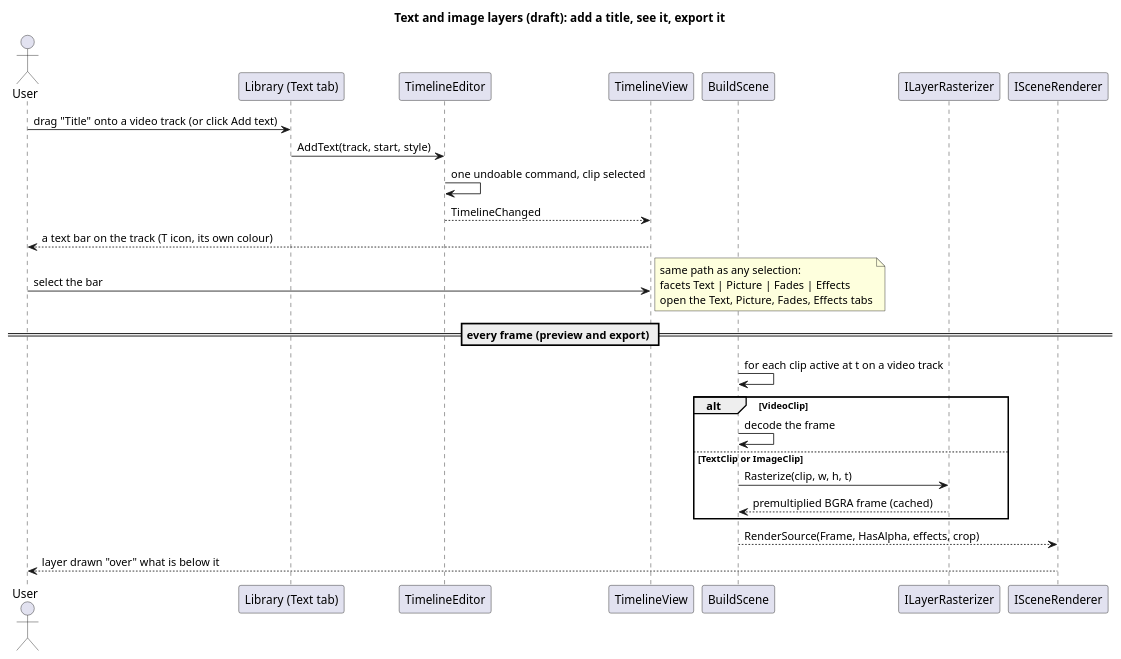
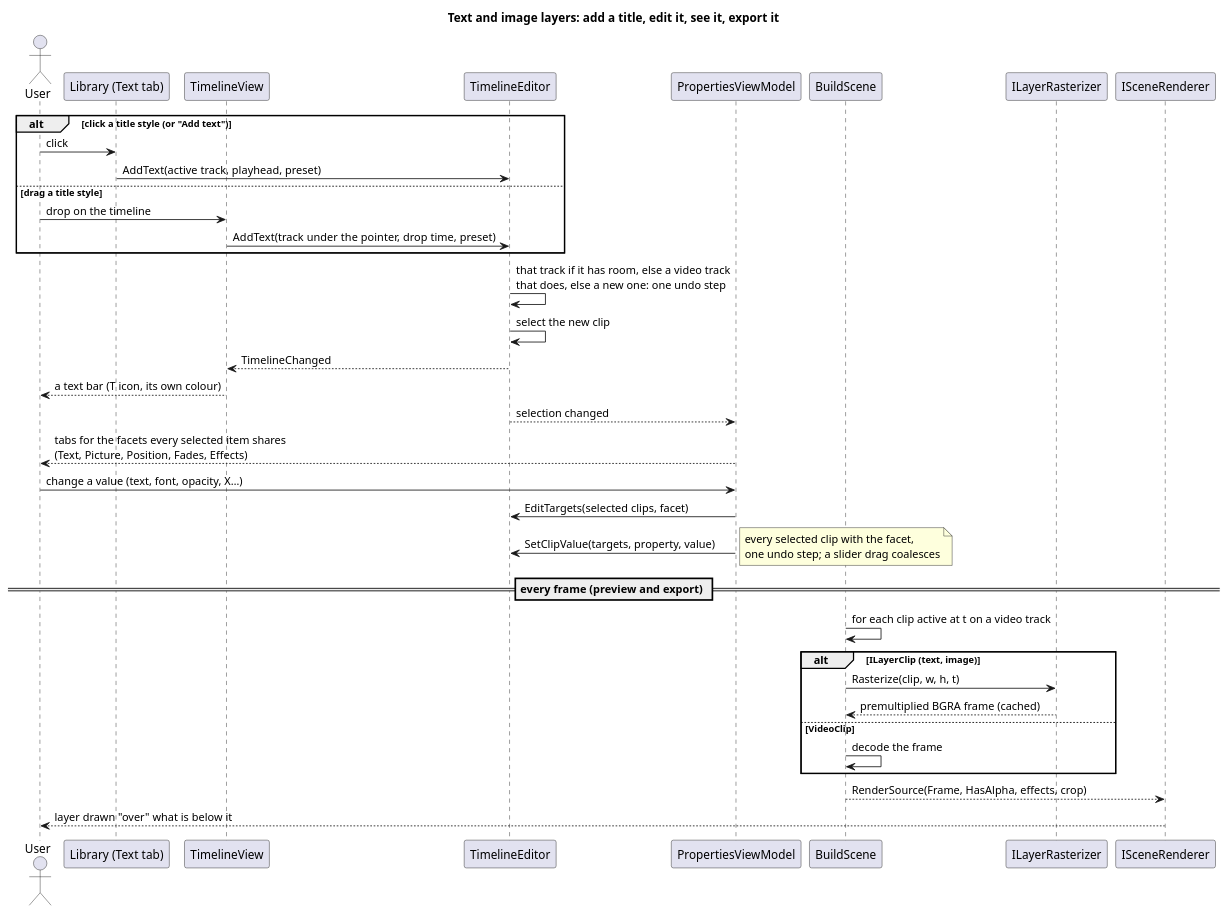
One commit to Die-Banane/Fig changed the diagram in uml/domain/text-image-layers-sequence.puml. Above: the diagram before and after it, drawn with PlantUML. The commit also changed 85 other files, not shown here.

```diff
--- a/uml/domain/text-image-layers-sequence.puml
+++ b/uml/domain/text-image-layers-sequence.puml
@@ -1,30 +1,42 @@
 @startuml
-title Text and image layers (draft): add a title, see it, export it
+title Text and image layers: add a title, edit it, see it, export it
 
 actor User
 participant "Library (Text tab)" as Library
+participant TimelineView
 participant TimelineEditor
-participant TimelineView
+participant PropertiesViewModel
 participant "BuildScene" as Scene
 participant ILayerRasterizer
 participant ISceneRenderer
 
-User -> Library : drag "Title" onto a video track (or click Add text)
-Library -> TimelineEditor : AddText(track, start, style)
-TimelineEditor -> TimelineEditor : one undoable command, clip selected
+alt click a title style (or "Add text")
+  User -> Library : click
+  Library -> TimelineEditor : AddText(active track, playhead, preset)
+else drag a title style
+  User -> TimelineView : drop on the timeline
+  TimelineView -> TimelineEditor : AddText(track under the pointer, drop time, preset)
+end
+TimelineEditor -> TimelineEditor : that track if it has room, else a video track\nthat does, else a new one: one undo step
+TimelineEditor -> TimelineEditor : select the new clip
 TimelineEditor --> TimelineView : TimelineChanged
-TimelineView --> User : a text bar on the track (T icon, its own colour)
-User -> TimelineView : select the bar
-note right: same path as any selection:\nfacets Text | Picture | Fades | Effects\nopen the Text, Picture, Fades, Effects tabs
+TimelineView --> User : a text bar (T icon, its own colour)
+TimelineEditor --> PropertiesViewModel : selection changed
+PropertiesViewModel --> User : tabs for the facets every selected item shares\n(Text, Picture, Position, Fades, Effects)
+
+User -> PropertiesViewModel : change a value (text, font, opacity, X…)
+PropertiesViewModel -> TimelineEditor : EditTargets(selected clips, facet)
+PropertiesViewModel -> TimelineEditor : SetClipValue(targets, property, value)
+note right: every selected clip with the facet,\none undo step; a slider drag coalesces
 
 == every frame (preview and export) ==
 Scene -> Scene : for each clip active at t on a video track
-alt VideoClip
-  Scene -> Scene : decode the frame
-else TextClip or ImageClip
+alt ILayerClip (text, image)
   Scene -> ILayerRasterizer : Rasterize(clip, w, h, t)
   ILayerRasterizer --> Scene : premultiplied BGRA frame (cached)
+else VideoClip
+  Scene -> Scene : decode the frame
 end
 Scene --> ISceneRenderer : RenderSource(Frame, HasAlpha, effects, crop)
 ISceneRenderer --> User : layer drawn "over" what is below it
 @enduml
```
